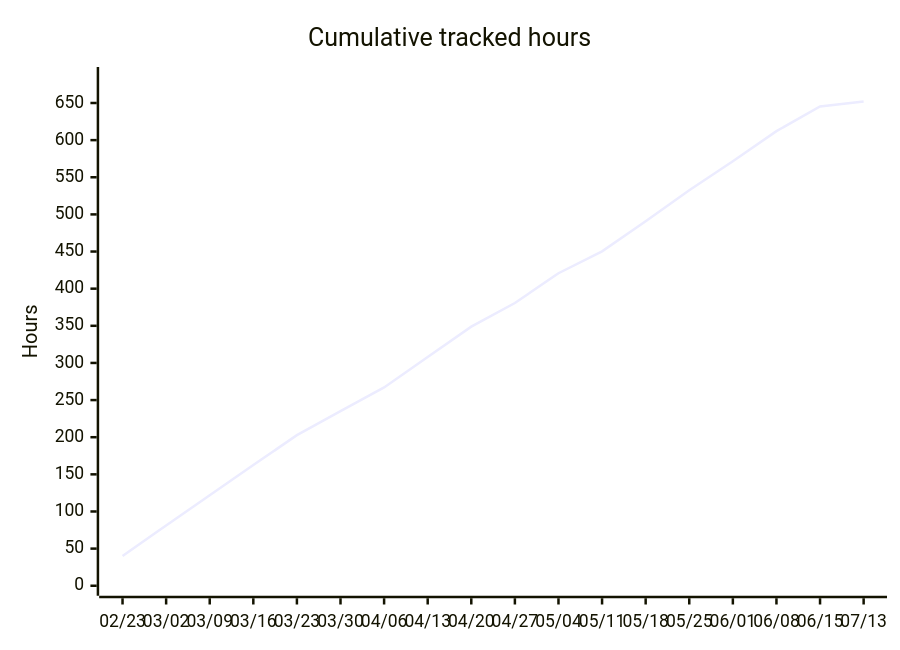
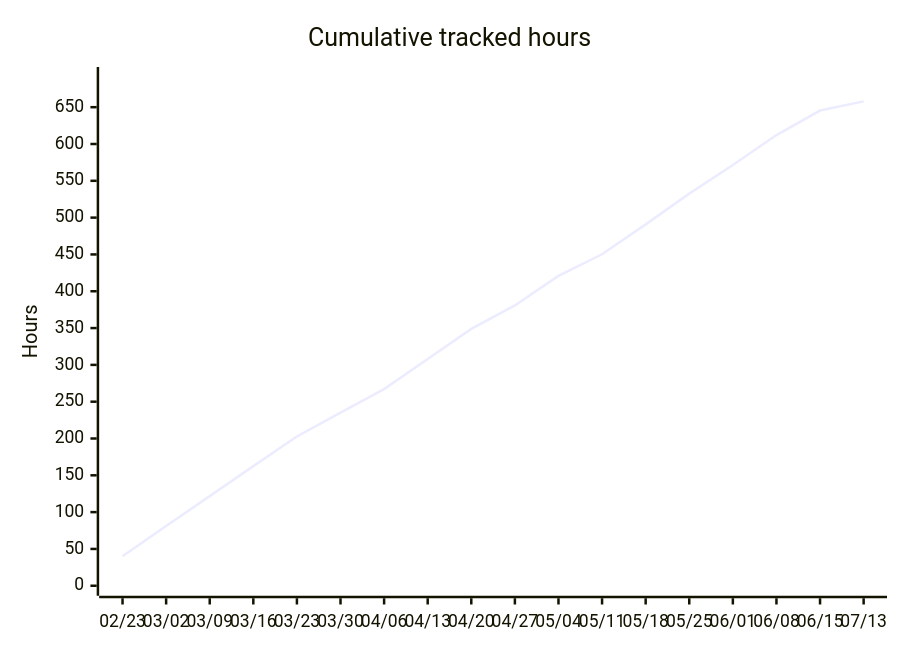
Before and after one commit to albinforsberg-netizen/timeclock: the fifth of 5 diagrams in README.org, drawn with Mermaid. The commit also changed other lines of this file, not shown here.

```diff
--- a/README.org
+++ b/README.org
@@ -125,7 +125,7 @@
 #+begin_src mermaid
 xychart-beta
     title "Cumulative tracked hours"
     x-axis ["02/23", "03/02", "03/09", "03/16", "03/23", "03/30", "04/06", "04/13", "04/20", "04/27", "05/04", "05/11", "05/18", "05/25", "06/01", "06/08", "06/15", "07/13"]
-    y-axis "Hours" 0 --> 685
-    line [40.00, 81.25, 121.75, 162.50, 202.75, 235.19, 267.03, 308.11, 348.83, 380.71, 420.81, 450.20, 490.81, 532.57, 571.50, 612.14, 645.42, 651.94]
+    y-axis "Hours" 0 --> 691
+    line [40.00, 81.25, 121.75, 162.50, 202.75, 235.19, 267.03, 308.11, 348.83, 380.71, 420.81, 450.20, 490.81, 532.57, 571.50, 612.14, 645.42, 657.86]
 #+end_src
```
